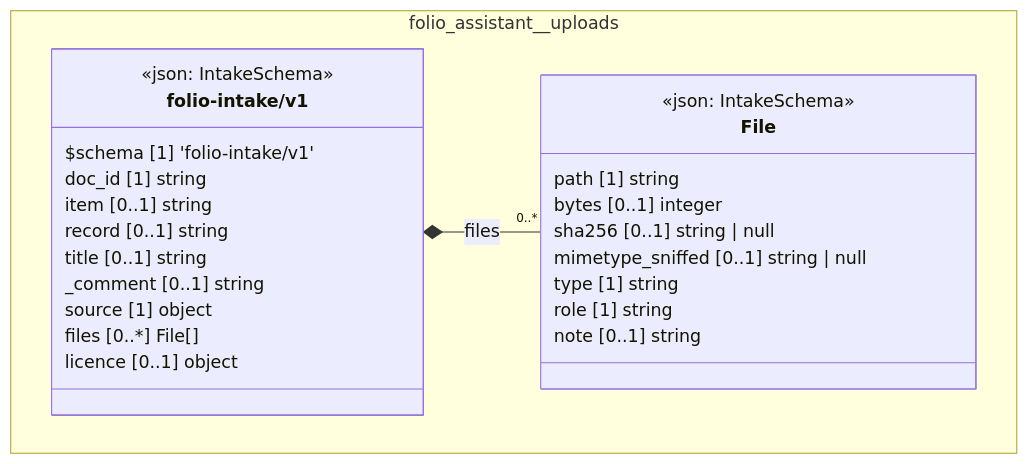
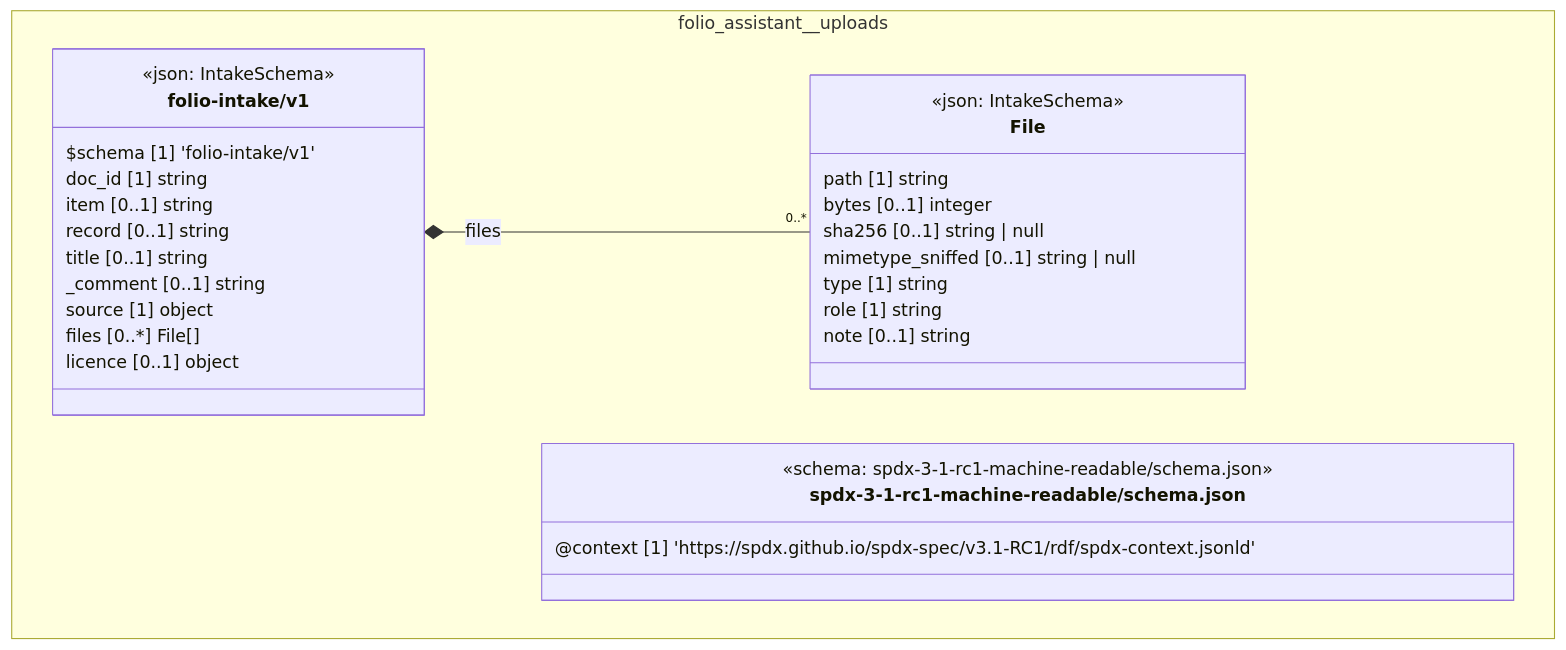
The diagram in cat-harness/docs/uml/overview/folio-assistant/uploads.md (litlfred/folio-assistant), drawn with Mermaid before and after one commit. The commit also changed other lines of this file and 915 other files, not shown here.

````diff
--- a/cat-harness/docs/uml/overview/folio-assistant/uploads.md
+++ b/cat-harness/docs/uml/overview/folio-assistant/uploads.md
@@ -42,31 +42,36 @@
 ```mermaid
 classDiagram
   direction TB
   namespace folio_assistant__uploads {
     class folio_assistant_uploads_folio_intake_v1_File["File"] {
       <<json: IntakeSchema>>
       path [1] string
       bytes [0..1] integer
       sha256 [0..1] string | null
       mimetype_sniffed [0..1] string | null
       type [1] string
       role [1] string
       note [0..1] string
     }
     class folio_assistant_uploads_folio_intake_v1_folio_intake_v1["folio-intake/v1"] {
       <<json: IntakeSchema>>
       $schema [1] 'folio-intake/v1'
       doc_id [1] string
       item [0..1] string
       record [0..1] string
       title [0..1] string
       _comment [0..1] string
       source [1] object
       files [0..*] File[]
       licence [0..1] object
     }
+    class folio_assistant_uploads_spdx_3_1_rc1_machine_readable_schema_json_spdx_3_1_rc1_machine_readable_schema_json["spdx-3-1-rc1-machine-readable/schema.json"] {
+      <<schema: spdx-3-1-rc1-machine-readable/schema.json>>
+      @context [1] 'https://spdx.github.io/spdx-spec/v3.1-RC1/rdf/spdx-context.jsonld'
+    }
   }
   folio_assistant_uploads_folio_intake_v1_folio_intake_v1 *-- "0..*" folio_assistant_uploads_folio_intake_v1_File : files
   cssClass "folio_assistant_uploads_folio_intake_v1_File" fa_uml_kind_uploads
   cssClass "folio_assistant_uploads_folio_intake_v1_folio_intake_v1" fa_uml_kind_uploads
+  cssClass "folio_assistant_uploads_spdx_3_1_rc1_machine_readable_schema_json_spdx_3_1_rc1_machine_readable_schema_json" fa_uml_kind_uploads
 ```
````
